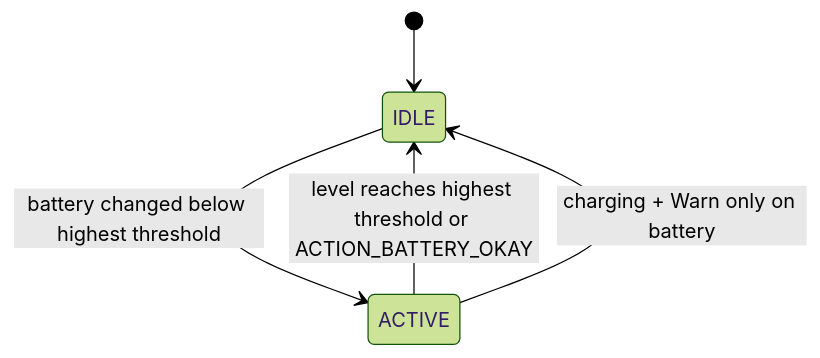
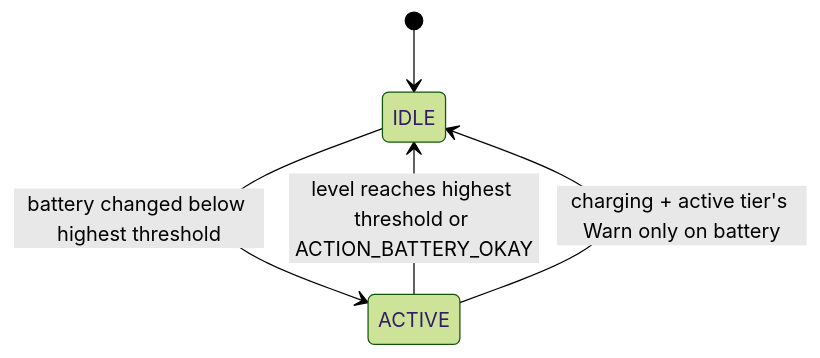
One commit to Mr-Pi/android_batt_warn changed the first of 2 diagrams in docs/architecture.md. Above: the diagram before and after it, drawn with Mermaid (forest theme). The commit also changed other lines of this file and 17 other files, not shown here.

First line of the commit message:
feat: make warn-only-on-battery per-threshold and compact the editor

````diff
--- a/docs/architecture.md
+++ b/docs/architecture.md
@@ -17,7 +17,7 @@
 ```mermaid
 stateDiagram-v2
     [*] --> IDLE
     IDLE --> ACTIVE: battery changed below highest threshold
     ACTIVE --> IDLE: level reaches highest threshold or ACTION_BATTERY_OKAY
-    ACTIVE --> IDLE: charging + Warn only on battery
+    ACTIVE --> IDLE: charging + active tier's Warn only on battery
 ```
````
